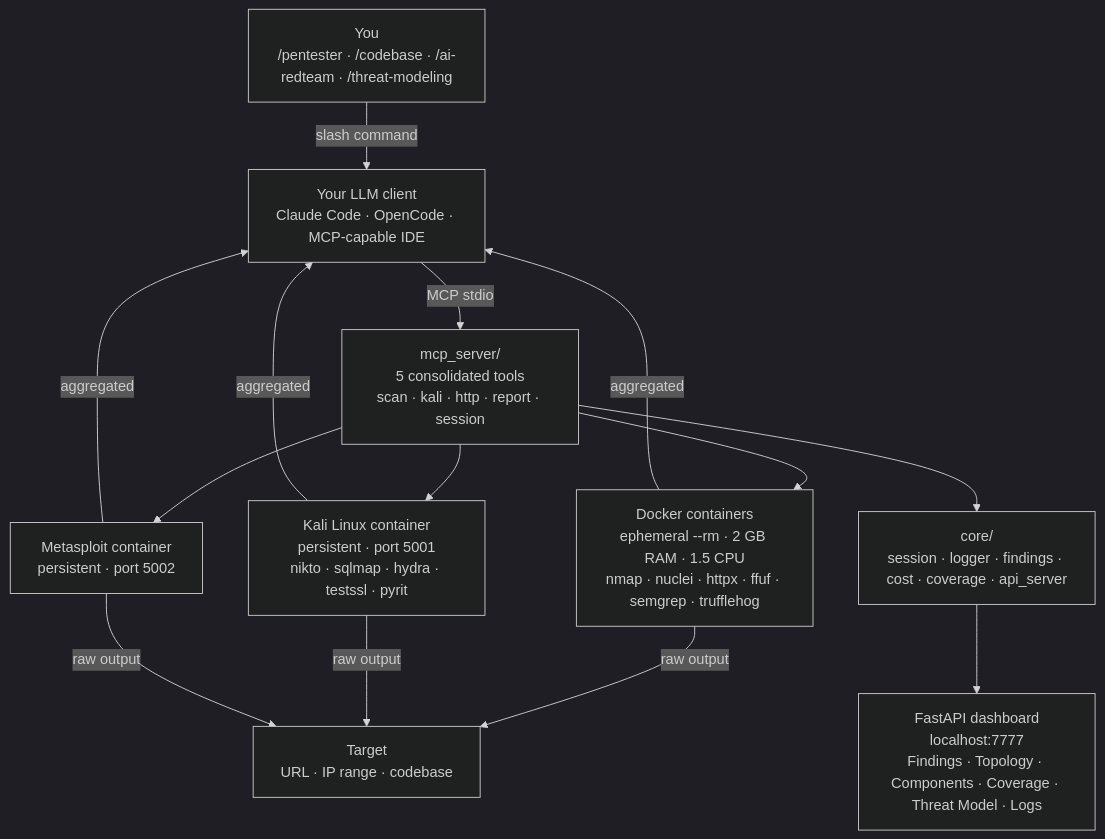
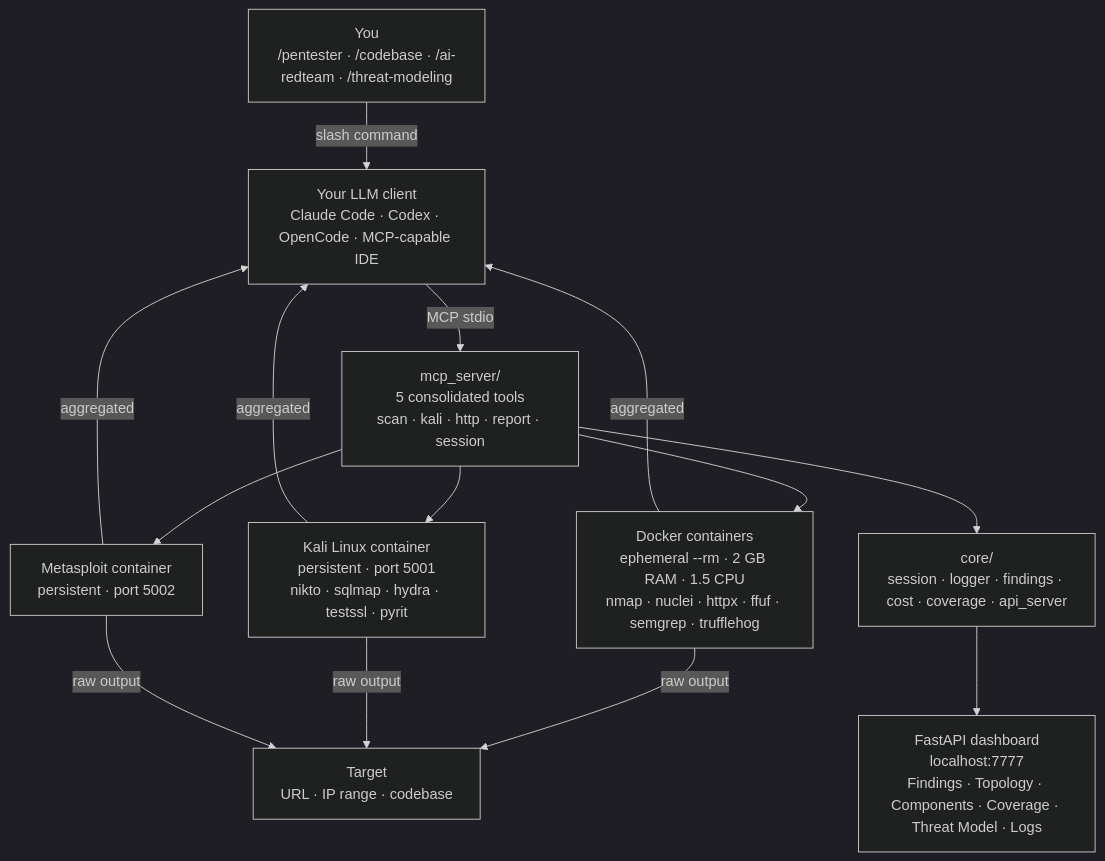
One commit to 0x0pointer/agent-smith changed the first of 2 diagrams in README.md. Above: the diagram before and after it, drawn with Mermaid (dark theme). The commit also changed other lines of this file and 4 other files, not shown here.

````diff
--- a/README.md
+++ b/README.md
@@ -243,26 +251,26 @@
 ```mermaid
 flowchart TD
     User["You<br/>/pentester · /codebase · /ai-redteam · /threat-modeling"]
-    Agent["Your LLM client<br/>Claude Code · OpenCode · MCP-capable IDE"]
+    Agent["Your LLM client<br/>Claude Code · Codex · OpenCode · MCP-capable IDE"]
     MCP["mcp_server/<br/>5 consolidated tools<br/>scan · kali · http · report · session"]
     Docker["Docker containers<br/>ephemeral --rm · 2 GB RAM · 1.5 CPU<br/>nmap · nuclei · httpx · ffuf · semgrep · trufflehog"]
     Kali["Kali Linux container<br/>persistent · port 5001<br/>nikto · sqlmap · hydra · testssl · pyrit"]
     Msf["Metasploit container<br/>persistent · port 5002"]
     Core["core/<br/>session · logger · findings · cost · coverage · api_server"]
     Dashboard["FastAPI dashboard<br/>localhost:7777<br/>Findings · Topology · Components · Coverage · Threat Model · Logs"]
     Target["Target<br/>URL · IP range · codebase"]
 
     User -->|slash command| Agent
     Agent -->|MCP stdio| MCP
     MCP --> Docker
     MCP --> Kali
     MCP --> Msf
     MCP --> Core
     Core --> Dashboard
     Docker -->|raw output| Target
     Kali  -->|raw output| Target
     Msf   -->|raw output| Target
     Docker -->|aggregated| Agent
     Kali   -->|aggregated| Agent
     Msf    -->|aggregated| Agent
 ```
````
